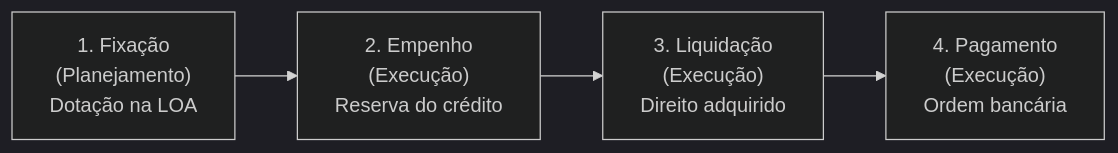
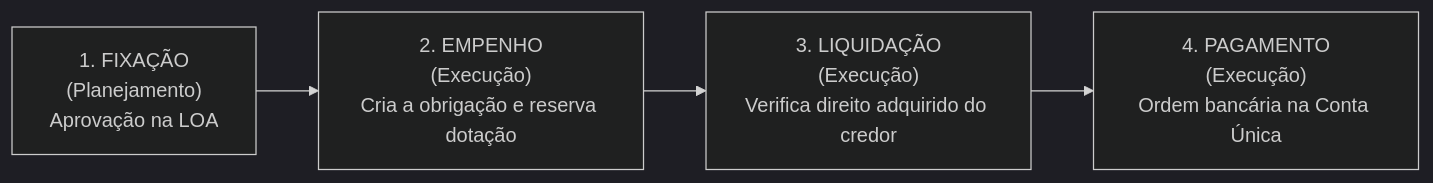
One commit to thiagosantos346/TCE-GO-2027 changed the second of 5 diagrams in fontes_de_estudo/conhecimentos_especificos_a01_tecnico_administrativo/19_nocoes_de_administracao_financeira_e_orcamentaria/03_despesa_publica_estagios_restos_a_pagar_e_suprimento.md. Above: the diagram before and after it, drawn with Mermaid (dark theme). The commit also changed other lines of this file and 119 other files, not shown here.

````diff
--- a/fontes_de_estudo/conhecimentos_especificos_a01_tecnico_administrativo/19_nocoes_de_administracao_financeira_e_orcamentaria/03_despesa_publica_estagios_restos_a_pagar_e_suprimento.md
+++ b/fontes_de_estudo/conhecimentos_especificos_a01_tecnico_administrativo/19_nocoes_de_administracao_financeira_e_orcamentaria/03_despesa_publica_estagios_restos_a_pagar_e_suprimento.md
@@ -84,6 +72,6 @@
 ```mermaid
 flowchart LR
-    Fix["1. Fixação<br/>(Planejamento)<br/>Dotação na LOA"] --> Emp["2. Empenho<br/>(Execução)<br/>Reserva do crédito"]
-    Emp --> Liq["3. Liquidação<br/>(Execução)<br/>Direito adquirido"]
-    Liq --> Pag["4. Pagamento<br/>(Execução)<br/>Ordem bancária"]
+    Fix["1. FIXAÇÃO<br/>(Planejamento)<br/>Aprovação na LOA"] --> Emp["2. EMPENHO<br/>(Execução)<br/>Cria a obrigação e reserva dotação"]
+    Emp --> Liq["3. LIQUIDAÇÃO<br/>(Execução)<br/>Verifica direito adquirido do credor"]
+    Liq --> Pag["4. PAGAMENTO<br/>(Execução)<br/>Ordem bancária na Conta Única"]
 ```
````
